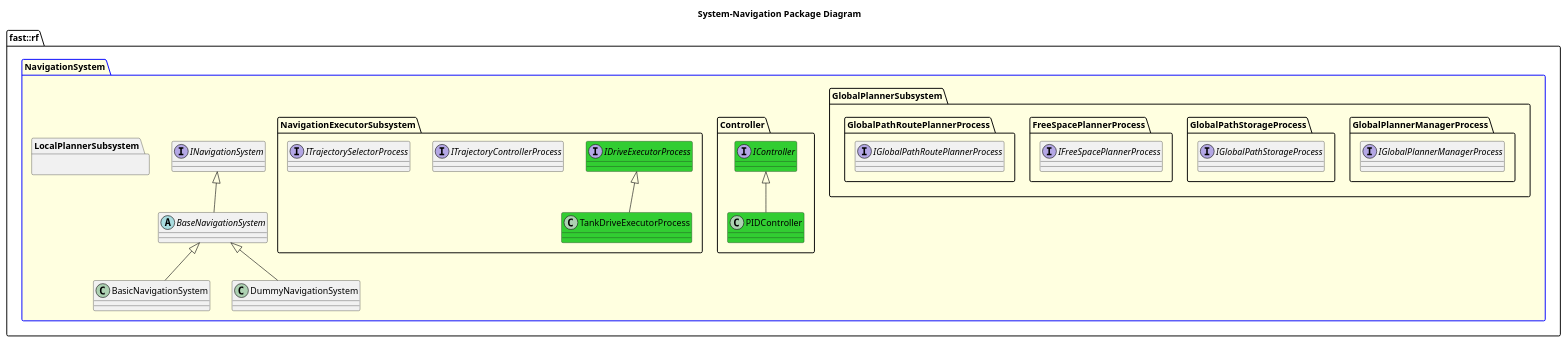
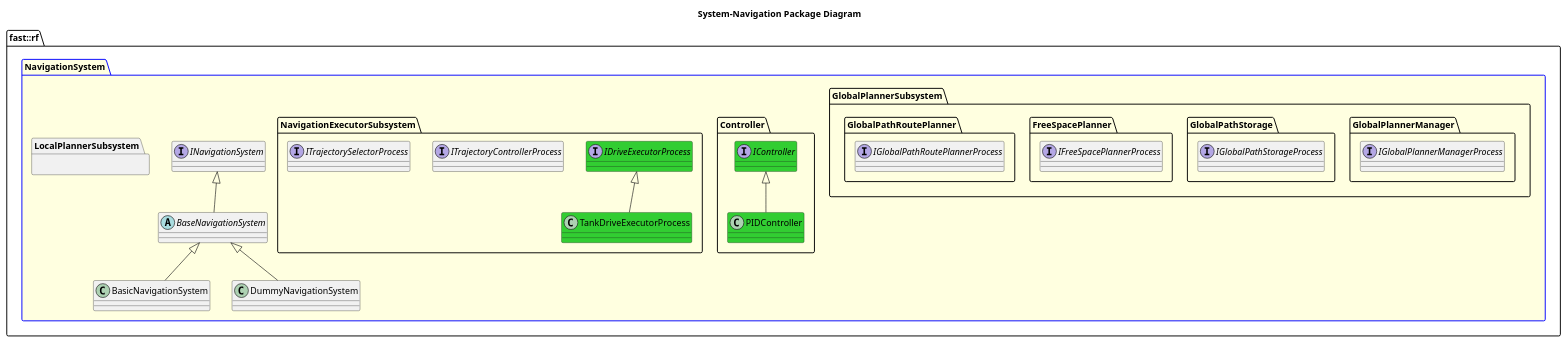
Before and after one commit to fastrobotics/robot_framework: the diagram in Systems/Navigation/doc/puml/SystemNavigationPackageDiagram.puml, drawn with PlantUML. The commit also changed 193 other files, not shown here.

```diff
--- a/Systems/Navigation/doc/puml/SystemNavigationPackageDiagram.puml
+++ b/Systems/Navigation/doc/puml/SystemNavigationPackageDiagram.puml
@@ -1,49 +1,49 @@
 @startuml
 title System-Navigation Package Diagram
 
 namespace fast::rf {
   package NavigationSystem #LightYellow;line:blue {
     interface INavigationSystem {
     }
     abstract BaseNavigationSystem {
     }
     INavigationSystem <|-- BaseNavigationSystem
     class BasicNavigationSystem {
 
     }
     BaseNavigationSystem <|-- BasicNavigationSystem
     class DummyNavigationSystem  {
     }
     BaseNavigationSystem <|-- DummyNavigationSystem
     namespace GlobalPlannerSubsystem {
-      namespace GlobalPlannerManagerProcess {
+      namespace GlobalPlannerManager {
         interface IGlobalPlannerManagerProcess
       }
-      namespace GlobalPathStorageProcess {
+      namespace GlobalPathStorage {
         interface IGlobalPathStorageProcess
       }
-      namespace FreeSpacePlannerProcess {
+      namespace FreeSpacePlanner {
         interface IFreeSpacePlannerProcess
       }
-      namespace GlobalPathRoutePlannerProcess {
+      namespace GlobalPathRoutePlanner {
         interface IGlobalPathRoutePlannerProcess
       }
     }
     namespace Controller {
       interface IController #LimeGreen {}
       class PIDController #LimeGreen {}
       PIDController -up-|> IController
     }
     namespace LocalPlannerSubsystem {
 
     }
     namespace NavigationExecutorSubsystem {
       interface IDriveExecutorProcess #LimeGreen
       class TankDriveExecutorProcess #LimeGreen
       TankDriveExecutorProcess -up-|> IDriveExecutorProcess
       interface ITrajectoryControllerProcess
       interface ITrajectorySelectorProcess
     }
   }
 }
 @enduml
```
